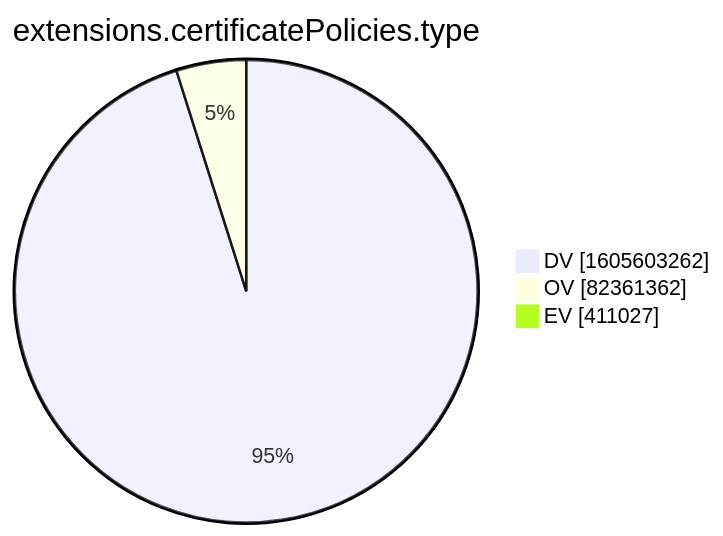
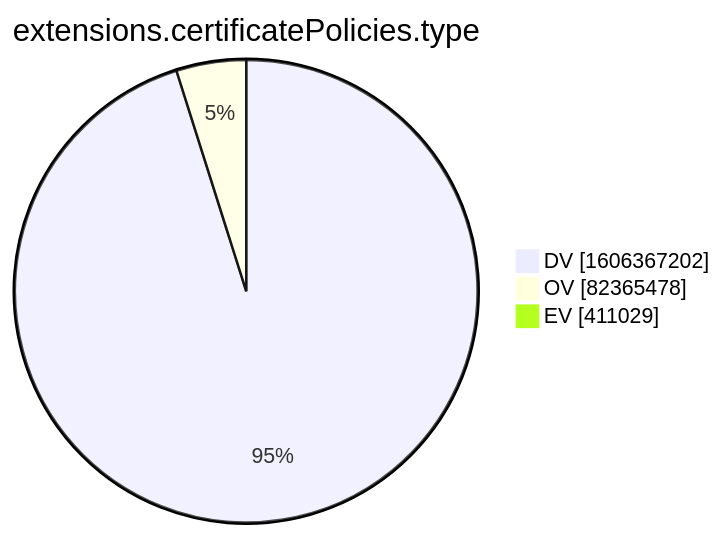
Before and after one commit to christiankrug/ctmonitor_visualization: the tenth of 15 diagrams in xenon2022/README.md, drawn with Mermaid. The commit also changed other lines of this file, not shown here.

````diff
--- a/xenon2022/README.md
+++ b/xenon2022/README.md
@@ -2878,7 +2878,7 @@
 ```mermaid
 pie showData
 title extensions.certificatePolicies.type
-"DV" :1605603262
-"OV" :82361362
-"EV" :411027
+"DV" :1606367202
+"OV" :82365478
+"EV" :411029
 ```
````
